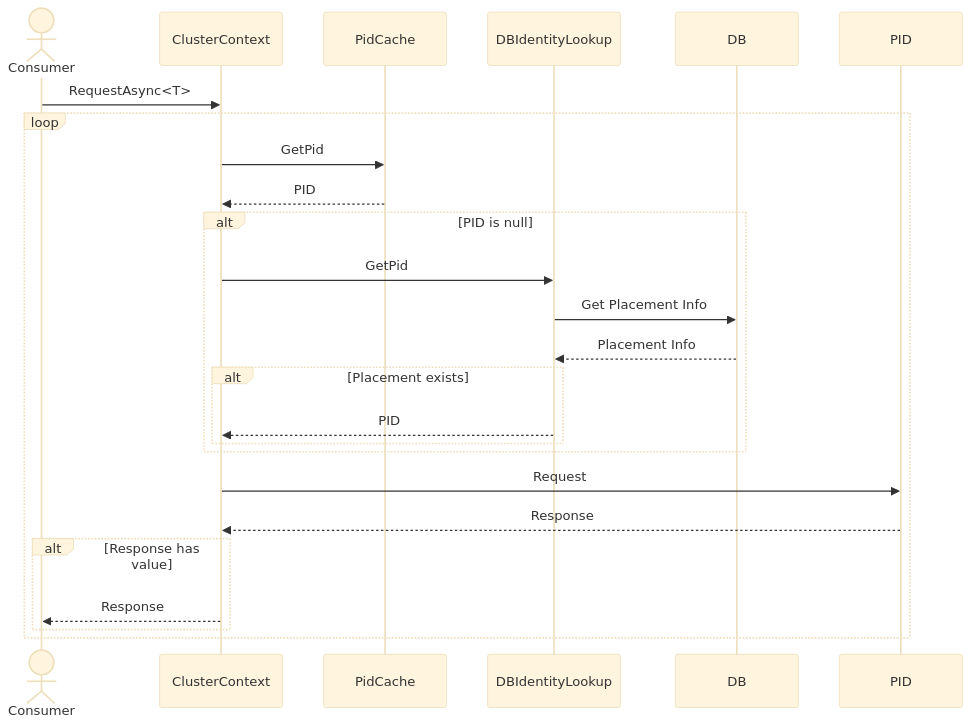
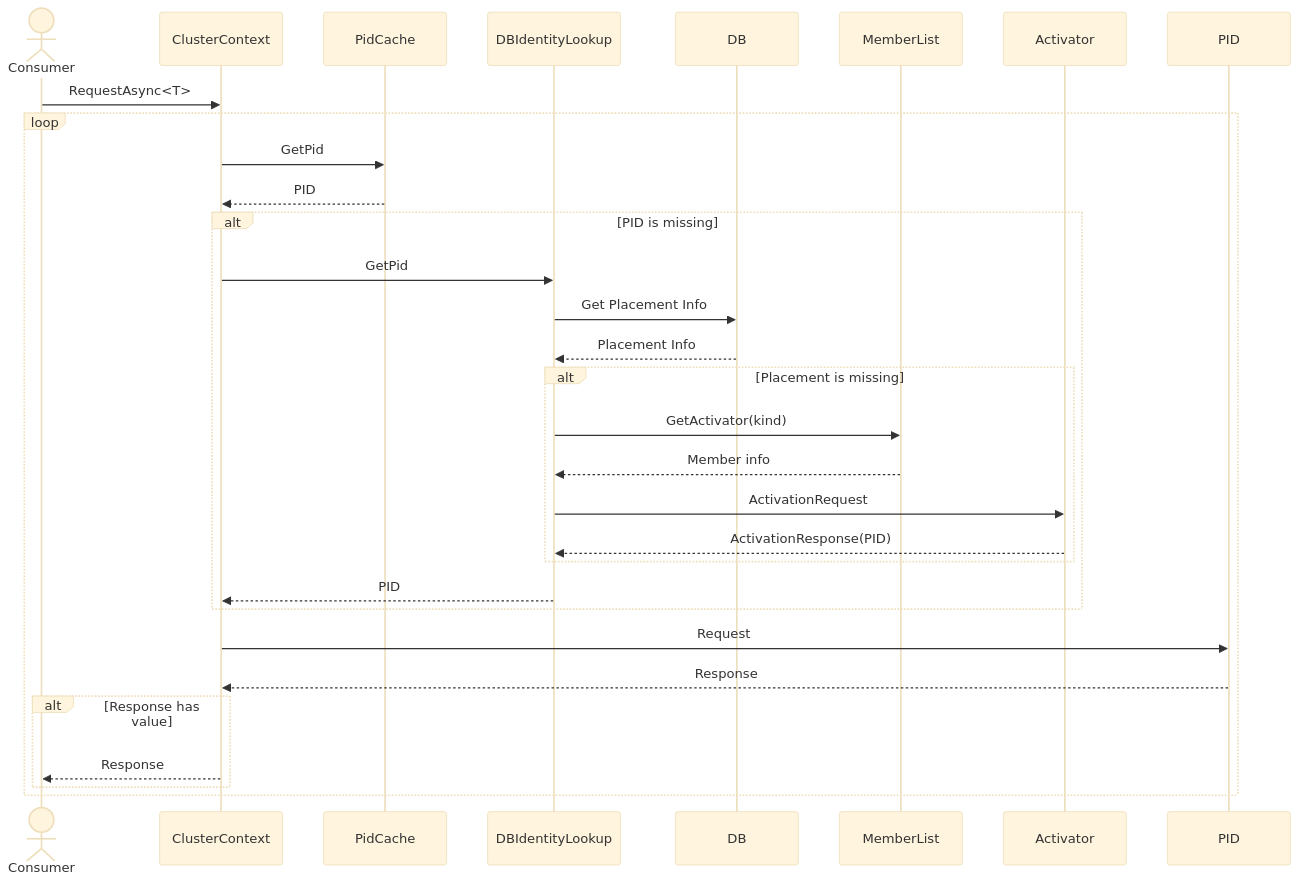
Before and after one commit to asynkron/protoactor-website: the diagram in hugo/content/docs/cluster/db-identity-lookup.md, drawn with Mermaid (base theme).

````diff
--- a/hugo/content/docs/cluster/db-identity-lookup.md
+++ b/hugo/content/docs/cluster/db-identity-lookup.md
@@ -12,28 +12,32 @@
 ```mermaid
 sequenceDiagram
 
     actor Consumer
     participant ClusterContext
     participant PidCache
     participant DBIdentityLookup
     participant DB
 
     Consumer->>ClusterContext: RequestAsync<T>
     loop
         ClusterContext->>PidCache: GetPid
         PidCache-->>ClusterContext: PID
-        alt PID is null
+        alt PID is missing
             ClusterContext->>DBIdentityLookup: GetPid
             DBIdentityLookup->>DB: Get Placement Info
             DB-->>DBIdentityLookup: Placement Info
-            alt Placement exists
-                DBIdentityLookup-->>ClusterContext: PID
+            alt Placement is missing
+                DBIdentityLookup->>MemberList: GetActivator(kind)
+                MemberList-->>DBIdentityLookup: Member info
+                DBIdentityLookup->>Activator: ActivationRequest
+                Activator-->>DBIdentityLookup: ActivationResponse(PID)
             end
+            DBIdentityLookup-->>ClusterContext: PID
         end
         ClusterContext->>PID: Request
         PID-->>ClusterContext: Response
         alt Response has value
             ClusterContext-->>Consumer: Response
         end
     end
 ```
````
